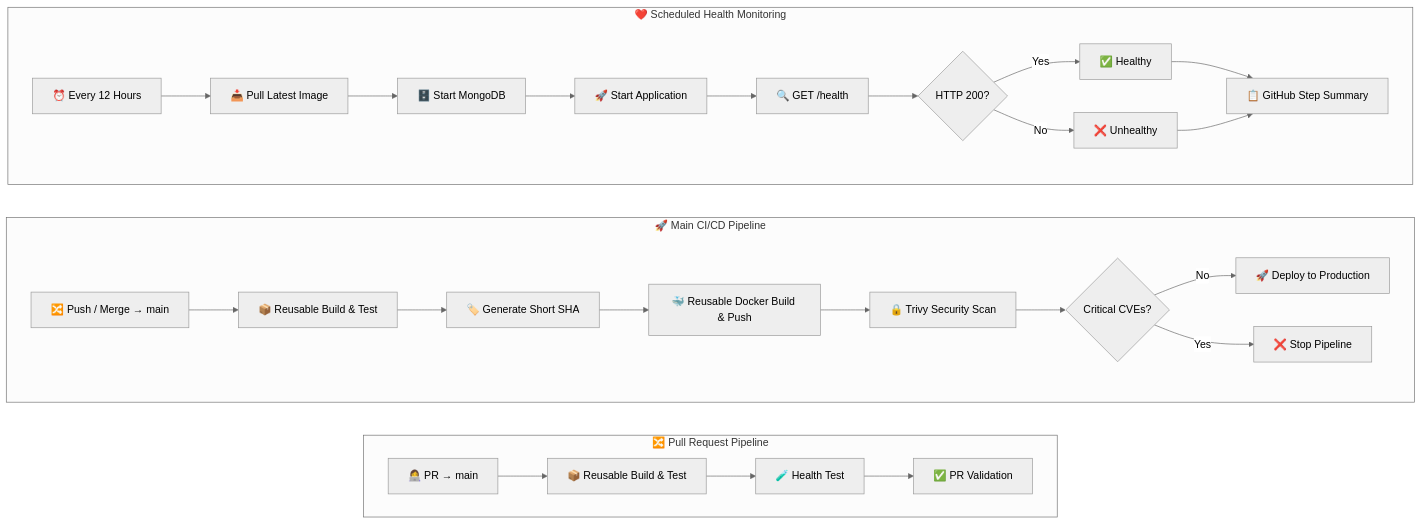
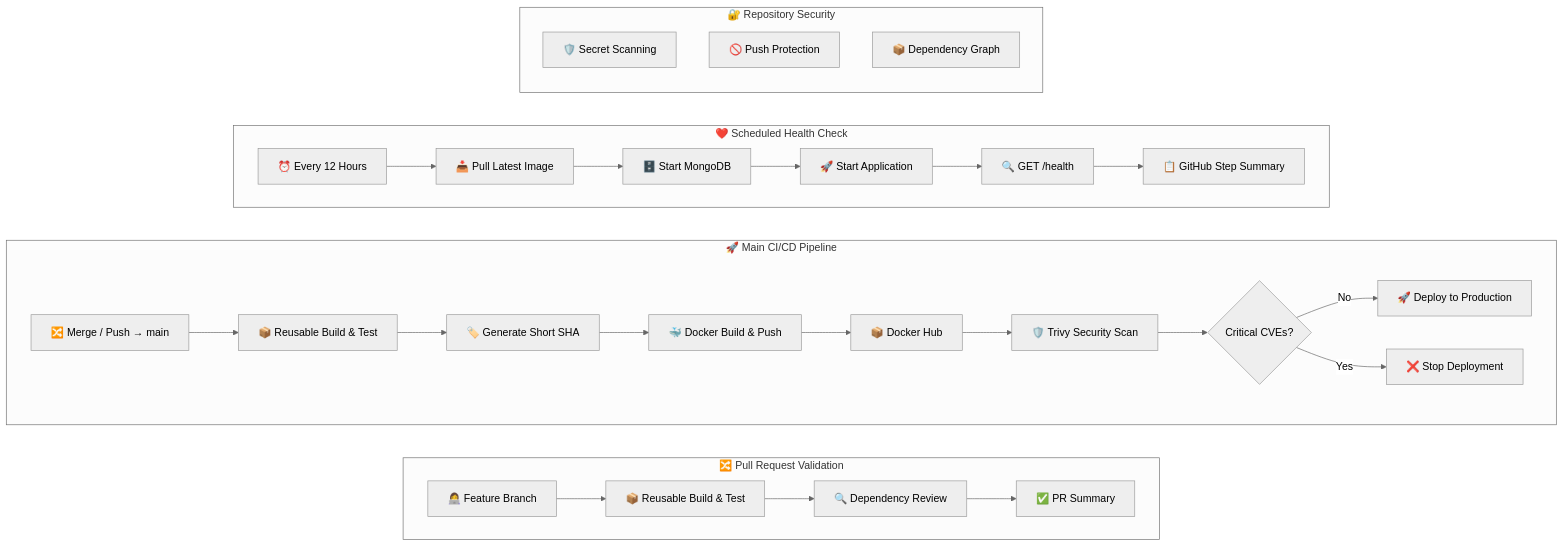
One commit to Jaishree97/github-actions-capstone changed the diagram in README.md. Above: the diagram before and after it, drawn with Mermaid (neutral theme). The commit also changed other lines of this file and 1 other file, not shown here.

Commit message:
docs: update DevSecOps pipeline documentation

````diff
--- a/README.md
+++ b/README.md
@@ -36,61 +36,73 @@
 ```mermaid
 flowchart LR
 
-%% =========================
-%% PR PIPELINE
-%% =========================
-subgraph PR["🔀 Pull Request Pipeline"]
+%% =====================================================
+%% Pull Request Validation
+%% =====================================================
+subgraph PR["🔀 Pull Request Validation"]
+
 direction LR
 
-A["👩‍💻 PR → main"]
+A["👩‍💻 Feature Branch"]
 B["📦 Reusable Build & Test"]
-C["🧪 Health Test"]
-D["✅ PR Validation"]
+C["🔍 Dependency Review"]
+D["✅ PR Summary"]
 
 A --> B --> C --> D
 
 end
 
-%% =========================
-%% MAIN PIPELINE
-%% =========================
+%% =====================================================
+%% Main CI/CD Pipeline
+%% =====================================================
 subgraph MAIN["🚀 Main CI/CD Pipeline"]
+
 direction LR
 
-E["🔀 Push / Merge → main"]
+E["🔀 Merge / Push → main"]
 F["📦 Reusable Build & Test"]
 G["🏷️ Generate Short SHA"]
-H["🐳 Reusable Docker Build & Push"]
-I["🔒 Trivy Security Scan"]
-J{"Critical CVEs?"}
-K["🚀 Deploy to Production"]
-L["❌ Stop Pipeline"]
+H["🐳 Docker Build & Push"]
+I["📦 Docker Hub"]
+J["🛡️ Trivy Security Scan"]
+K{"Critical CVEs?"}
+L["🚀 Deploy to Production"]
+M["❌ Stop Deployment"]
 
-E --> F --> G --> H --> I --> J
-J -->|No| K
-J -->|Yes| L
+E --> F --> G --> H --> I --> J --> K
+K -->|No| L
+K -->|Yes| M
 
 end
 
-%% =========================
-%% HEALTH CHECK
-%% =========================
-subgraph HEALTH["❤️ Scheduled Health Monitoring"]
+%% =====================================================
+%% Scheduled Health Monitoring
+%% =====================================================
+subgraph HEALTH["❤️ Scheduled Health Check"]
+
 direction LR
 
-M["⏰ Every 12 Hours"]
-N["📥 Pull Latest Image"]
-O["🗄️ Start MongoDB"]
-P["🚀 Start Application"]
-Q["🔍 GET /health"]
-R{"HTTP 200?"}
-S["✅ Healthy"]
-T["❌ Unhealthy"]
-U["📋 GitHub Step Summary"]
+N["⏰ Every 12 Hours"]
+O["📥 Pull Latest Image"]
+P["🗄️ Start MongoDB"]
+Q["🚀 Start Application"]
+R["🔍 GET /health"]
+S["📋 GitHub Step Summary"]
 
-M --> N --> O --> P --> Q --> R
-R -->|Yes| S --> U
-R -->|No| T --> U
+N --> O --> P --> Q --> R --> S
+
+end
+
+%% =====================================================
+%% Repository Security
+%% =====================================================
+subgraph SECURITY["🔐 Repository Security"]
+
+direction TB
+
+T["🛡️ Secret Scanning"]
+U["🚫 Push Protection"]
+V["📦 Dependency Graph"]
 
 end
 ```
````
